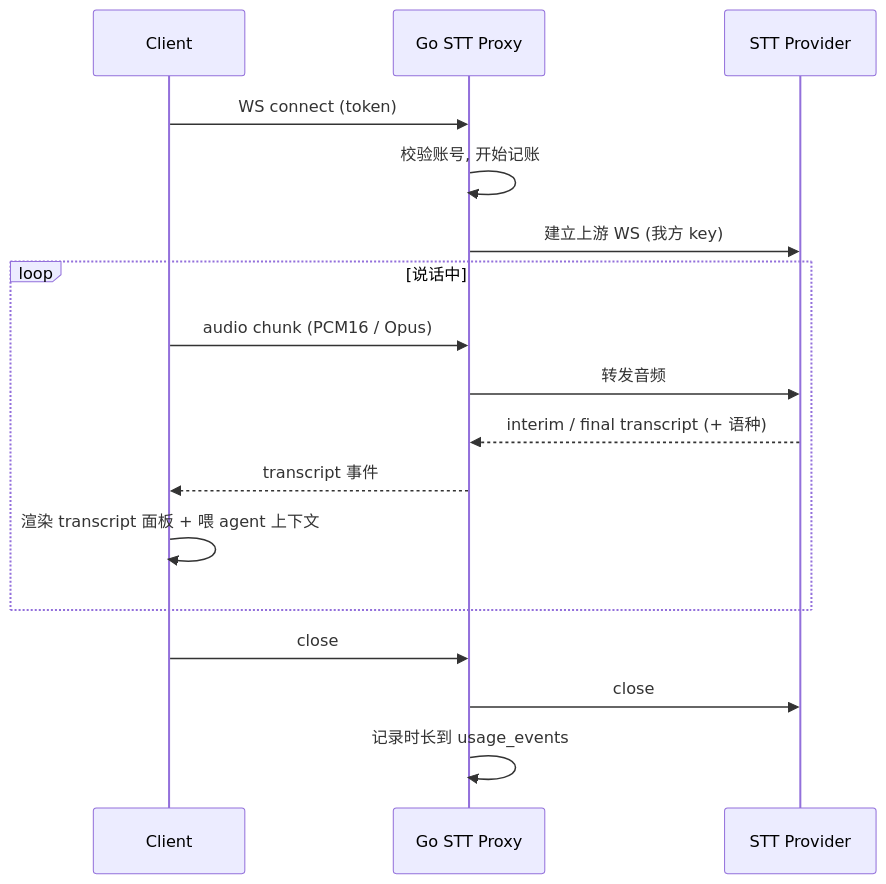
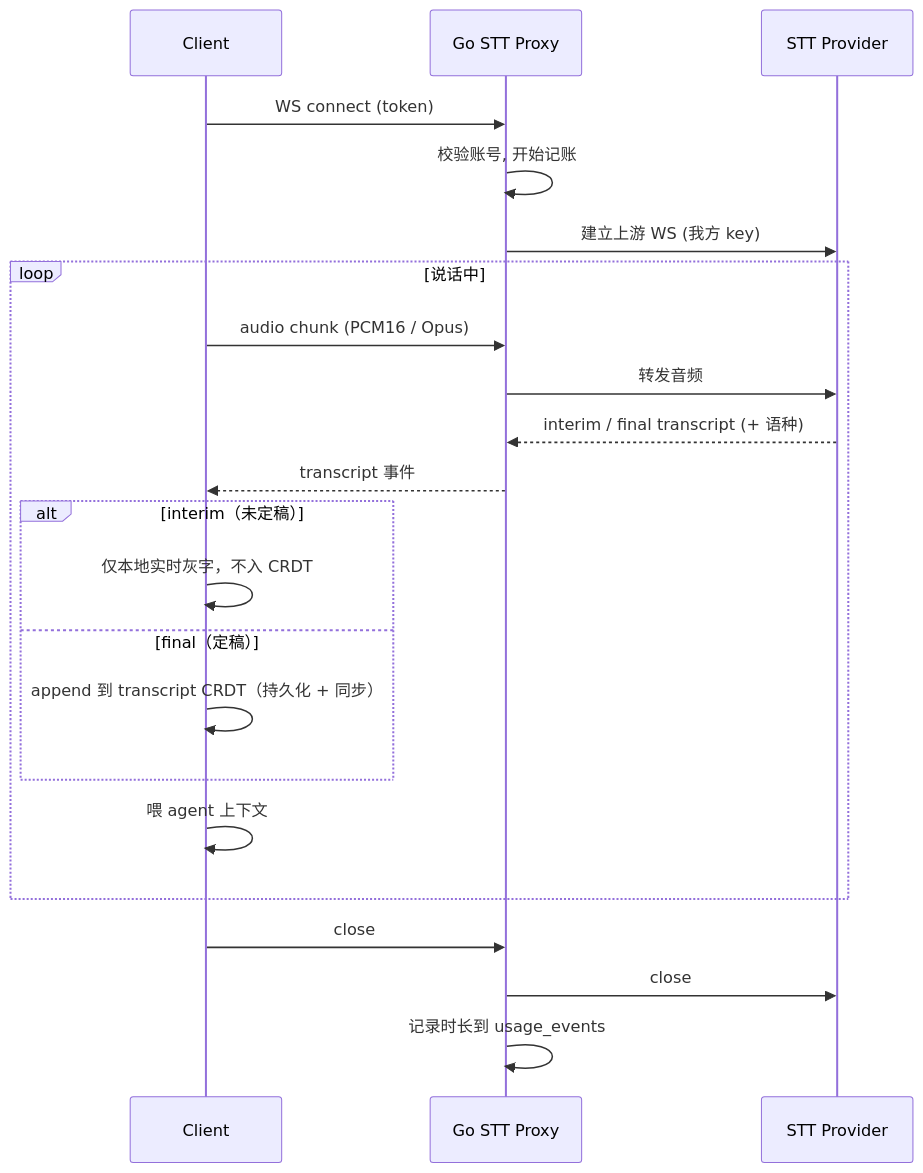
Before and after one commit to jaasminew/my-thinking-pal: the diagram in docs/modules/07-stt-forwarding.md, drawn with Mermaid. The commit also changed other lines of this file and 3 other files, not shown here.

````diff
--- a/docs/modules/07-stt-forwarding.md
+++ b/docs/modules/07-stt-forwarding.md
@@ -24,19 +24,24 @@
 ```mermaid
 sequenceDiagram
   participant Client
   participant Go as Go STT Proxy
   participant STT as STT Provider
   Client->>Go: WS connect (token)
   Go->>Go: 校验账号, 开始记账
   Go->>STT: 建立上游 WS (我方 key)
   loop 说话中
     Client->>Go: audio chunk (PCM16 / Opus)
     Go->>STT: 转发音频
     STT-->>Go: interim / final transcript (+ 语种)
     Go-->>Client: transcript 事件
-    Client->>Client: 渲染 transcript 面板 + 喂 agent 上下文
+    alt interim（未定稿）
+      Client->>Client: 仅本地实时灰字，不入 CRDT
+    else final（定稿）
+      Client->>Client: append 到 transcript CRDT（持久化 + 同步）
+    end
+    Client->>Client: 喂 agent 上下文
   end
   Client->>Go: close
   Go->>STT: close
   Go->>Go: 记录时长到 usage_events
 ```
````
